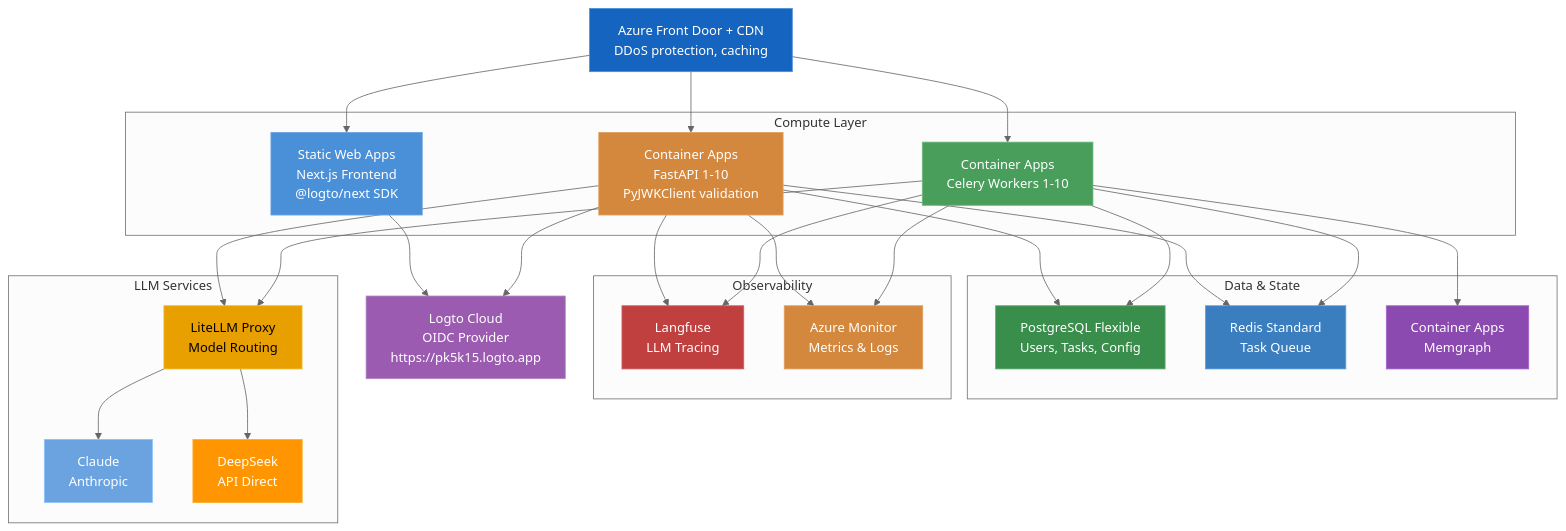
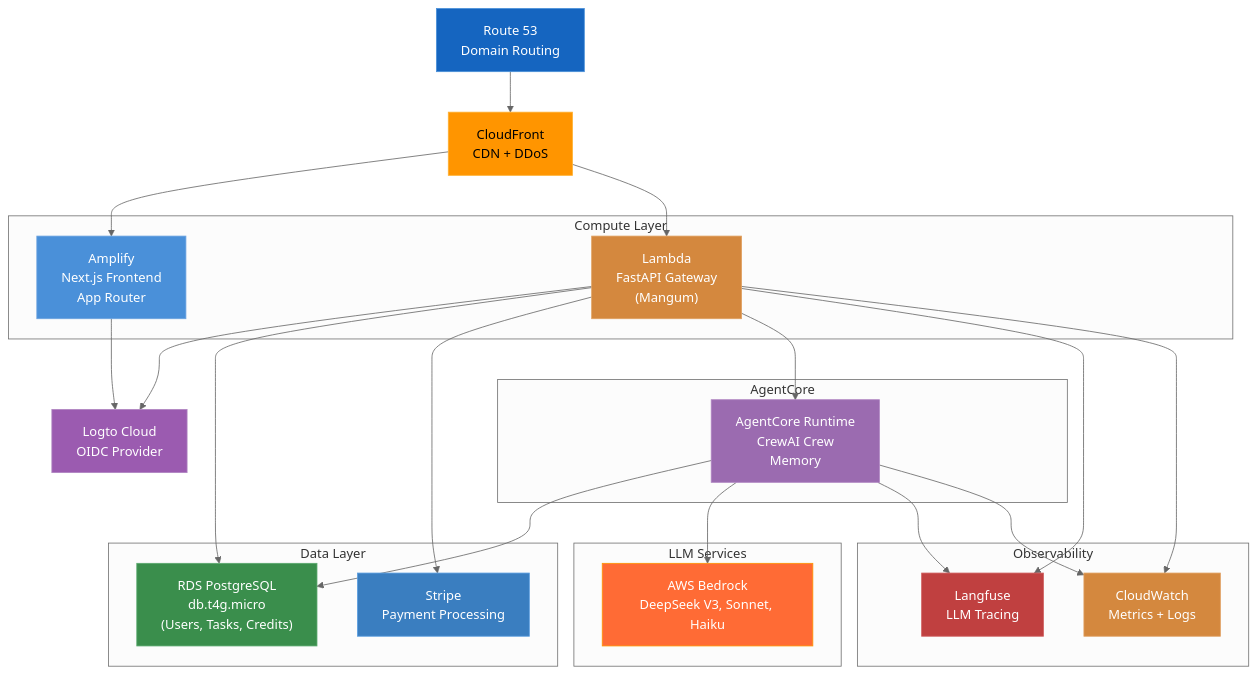
One commit to phucsystem/agent-foundry changed the fifth of 5 diagrams in docs/system-architecture.md. Above: the diagram before and after it, drawn with Mermaid. The commit also changed other lines of this file and 68 other files, not shown here.

First line of the commit message:
feat: migrate to AWS AgentCore with Content Editor MVP

````diff
--- a/docs/system-architecture.md
+++ b/docs/system-architecture.md
@@ -471,67 +422,61 @@
 ```mermaid
 %%{init: {'theme': 'neutral'}}%%
 graph TB
-    FD["Azure Front Door + CDN<br/>DDoS protection, caching"]
-    AUTH["Logto Cloud<br/>OIDC Provider<br/>https://pk5k15.logto.app"]
+    ROUTE["Route 53<br/>Domain Routing"]
+    CF["CloudFront<br/>CDN + DDoS"]
+    AUTH["Logto Cloud<br/>OIDC Provider"]
 
     subgraph compute["Compute Layer"]
-        SWA["Static Web Apps<br/>Next.js Frontend<br/>@logto/next SDK"]
-        API["Container Apps<br/>FastAPI 1-10<br/>PyJWKClient validation"]
-        WK["Container Apps<br/>Celery Workers 1-10"]
+        AMP["Amplify<br/>Next.js Frontend<br/>App Router"]
+        LAM["Lambda<br/>FastAPI Gateway<br/>(Mangum)"]
     end
 
-    subgraph data["Data & State"]
-        PG["PostgreSQL Flexible<br/>Users, Tasks, Config"]
-        RD["Redis Standard<br/>Task Queue"]
-        MG["Container Apps<br/>Memgraph"]
+    subgraph agentcore["AgentCore"]
+        AC["AgentCore Runtime<br/>CrewAI Crew<br/>Memory"]
+    end
+
+    subgraph data["Data Layer"]
+        RDS["RDS PostgreSQL<br/>db.t4g.micro<br/>(Users, Tasks, Credits)"]
+        STRIPE["Stripe<br/>Payment Processing"]
+    end
+
+    subgraph llm["LLM Services"]
+        BEDROCK["AWS Bedrock<br/>DeepSeek V3, Sonnet, Haiku"]
     end
 
     subgraph obs["Observability"]
         LF["Langfuse<br/>LLM Tracing"]
-        AM["Azure Monitor<br/>Metrics & Logs"]
+        CW["CloudWatch<br/>Metrics + Logs"]
     end
 
-    subgraph llm["LLM Services"]
-        LLP["LiteLLM Proxy<br/>Model Routing"]
-        CLAUDE["Claude<br/>Anthropic"]
-        DS["DeepSeek<br/>API Direct"]
-    end
+    ROUTE --> CF
+    CF --> AMP
+    CF --> LAM
 
-    FD --> SWA
-    FD --> API
-    FD --> WK
+    AMP --> AUTH
+    LAM --> AUTH
 
-    SWA --> AUTH
-    API --> AUTH
+    LAM --> RDS
+    LAM --> STRIPE
+    LAM --> AC
 
-    API --> PG
-    API --> RD
-    WK --> RD
-    WK --> PG
-    WK --> MG
+    AC --> RDS
+    AC --> BEDROCK
+    AC --> LF
 
-    API --> LLP
-    WK --> LLP
+    LAM --> LF
+    LAM --> CW
+    AC --> CW
 
-    LLP --> CLAUDE
-    LLP --> DS
-
-    API --> LF
-    WK --> LF
-    API --> AM
-    WK --> AM
-
-    style FD fill:#1565c0,stroke:#4a90d9,color:#fff
+    style ROUTE fill:#1565c0,stroke:#4a90d9,color:#fff
+    style CF fill:#ff9500,stroke:#ffb030,color:#000
     style AUTH fill:#9b5bb0,stroke:#b085c2,color:#fff
-    style SWA fill:#4a90d9,stroke:#6ba3e0,color:#fff
-    style API fill:#d4883e,stroke:#e0a060,color:#fff
-    style WK fill:#4a9e5c,stroke:#6db87e,color:#fff
-    style PG fill:#3a8e4c,stroke:#5aaa6e,color:#fff
-    style RD fill:#3a7ec0,stroke:#5a9ee0,color:#fff
-    style MG fill:#8a4ab0,stroke:#a565ca,color:#fff
+    style AMP fill:#4a90d9,stroke:#6ba3e0,color:#fff
+    style LAM fill:#d4883e,stroke:#e0a060,color:#fff
+    style AC fill:#9b6bb0,stroke:#b085c2,color:#fff
+    style RDS fill:#3a8e4c,stroke:#5aaa6e,color:#fff
+    style STRIPE fill:#3a7ec0,stroke:#5a9ee0,color:#fff
+    style BEDROCK fill:#ff6b35,stroke:#ff9500,color:#fff
     style LF fill:#c04040,stroke:#d06060,color:#fff
-    style AM fill:#d4883e,stroke:#e0a060,color:#fff
-    style LLP fill:#e8a000,stroke:#f0b820,color:#000
-    style CLAUDE fill:#6ba3e0,stroke:#8bc3ff,color:#fff
-    style DS fill:#ff9500,stroke:#ffb030,color:#fff
+    style CW fill:#d4883e,stroke:#e0a060,color:#fff
 ```
````
